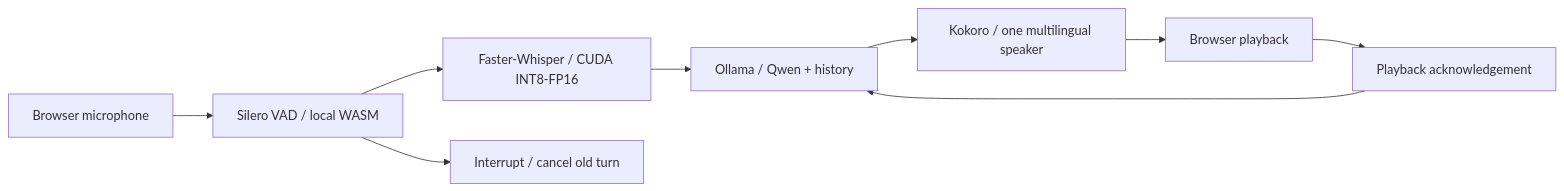
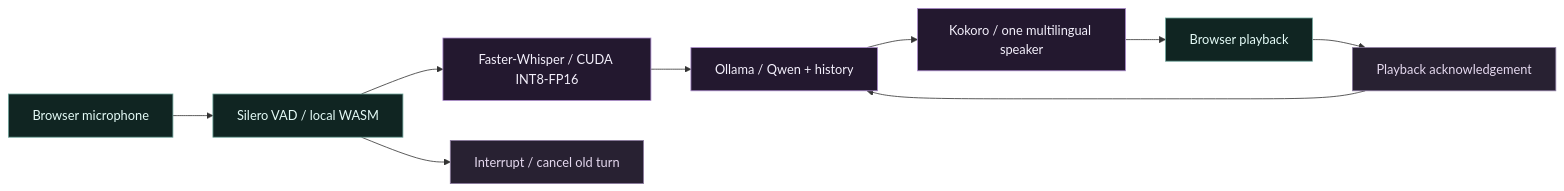
Before and after one commit to ss-sevesh/localvoice: the diagram in README.md, drawn with Mermaid. The commit also changed other lines of this file and 5 other files, not shown here.

````diff
--- a/README.md
+++ b/README.md
@@ -121,11 +174,17 @@
 ```mermaid
 flowchart LR
   Mic[Browser microphone] --> VAD[Silero VAD / local WASM]
   VAD --> STT[Faster-Whisper / CUDA INT8-FP16]
   STT --> LLM[Ollama / Qwen + history]
   LLM --> TTS[Kokoro / one multilingual speaker]
   TTS --> Audio[Browser playback]
   VAD --> Cancel[Interrupt / cancel old turn]
   Audio --> Memory[Playback acknowledgement]
   Memory --> LLM
+  classDef inference fill:#23182f,stroke:#aa8acb,color:#f4f0fc
+  classDef browser fill:#102522,stroke:#6fa59b,color:#e4fbf7
+  classDef control fill:#282132,stroke:#8b7a9f,color:#e5d9ef
+  class STT,LLM,TTS inference
+  class Mic,VAD,Audio browser
+  class Cancel,Memory control
 ```
````
